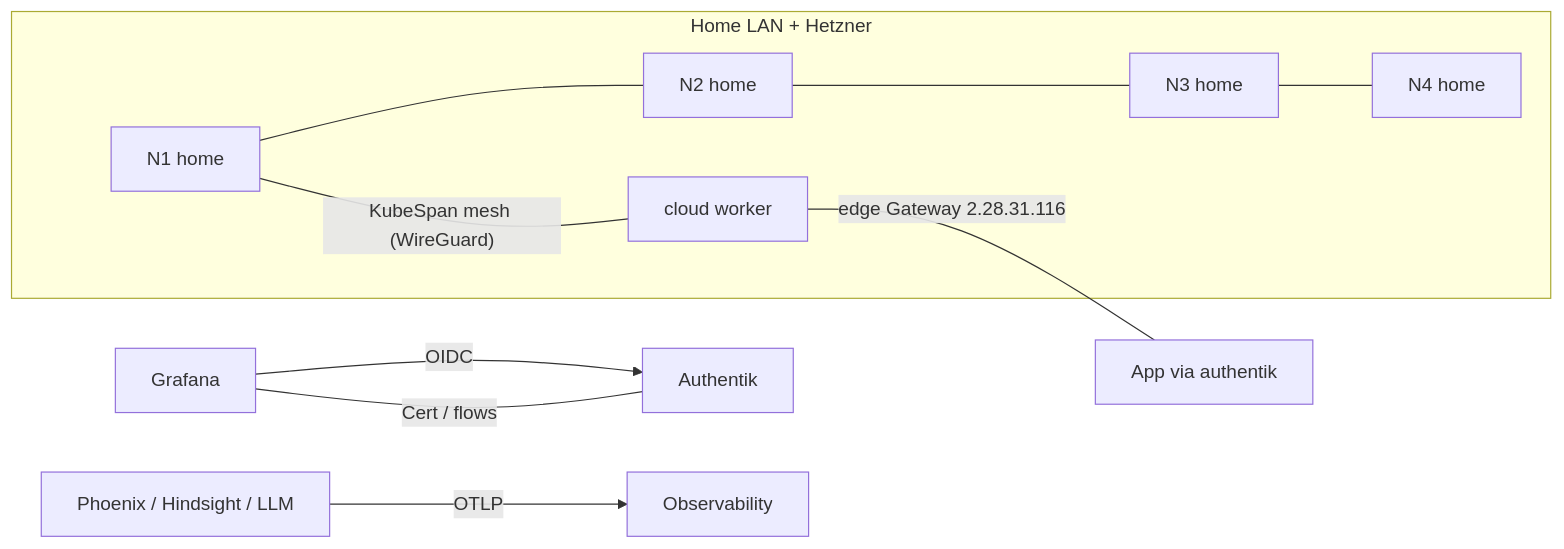
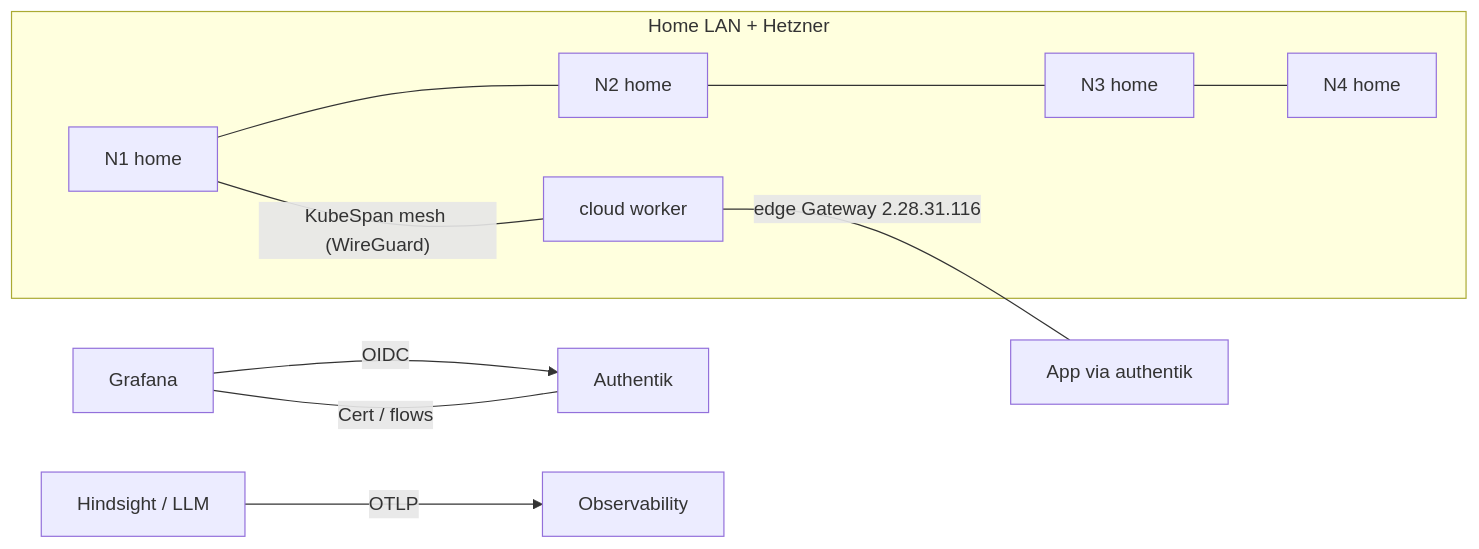
The second of 2 diagrams in README.md (ngoldack/homelab), drawn with Mermaid before and after one commit.

Commit message:
docs: drop Phoenix from observability diagram

````diff
--- a/README.md
+++ b/README.md
@@ -659,12 +659,12 @@
 ```mermaid
 flowchart LR
   subgraph Home[Home LAN + Hetzner]
     N1[N1 home] --- N2[N2 home] --- N3[N3 home] --- N4[N4 home]
     N1 ~~~ C[cloud worker]
   end
   C -- KubeSpan mesh (WireGuard) --- N1
   C ---|edge Gateway 2.28.31.116| E[App via authentik]
   G[Grafana] --OIDC--> A[Authentik]
   A ---|Cert / flows| G
-  P[Phoenix / Hindsight / LLM] --OTLP--> Ob[Observability]
+  P[Hindsight / LLM] --OTLP--> Ob[Observability]
 ```
````
